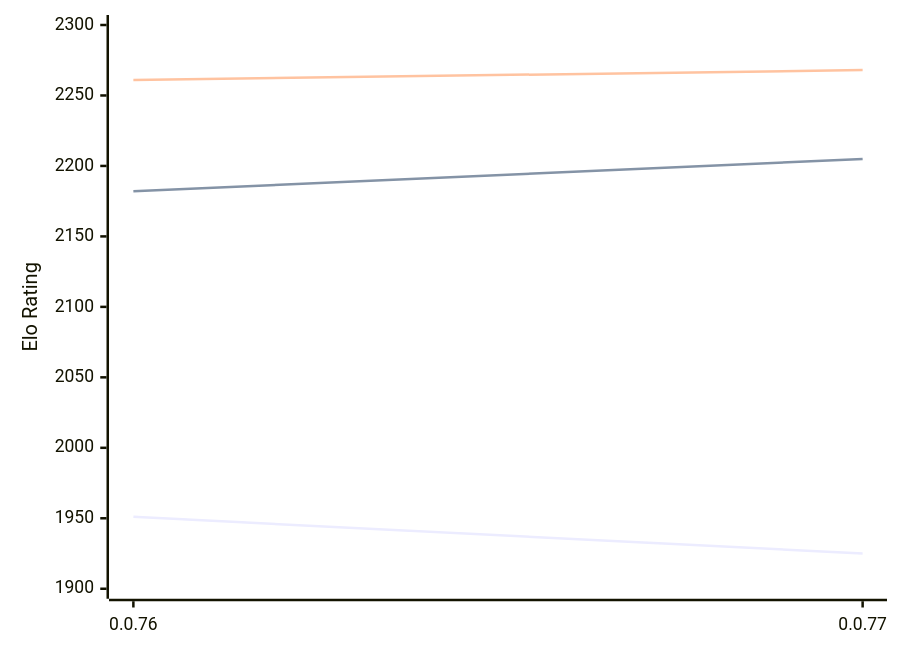
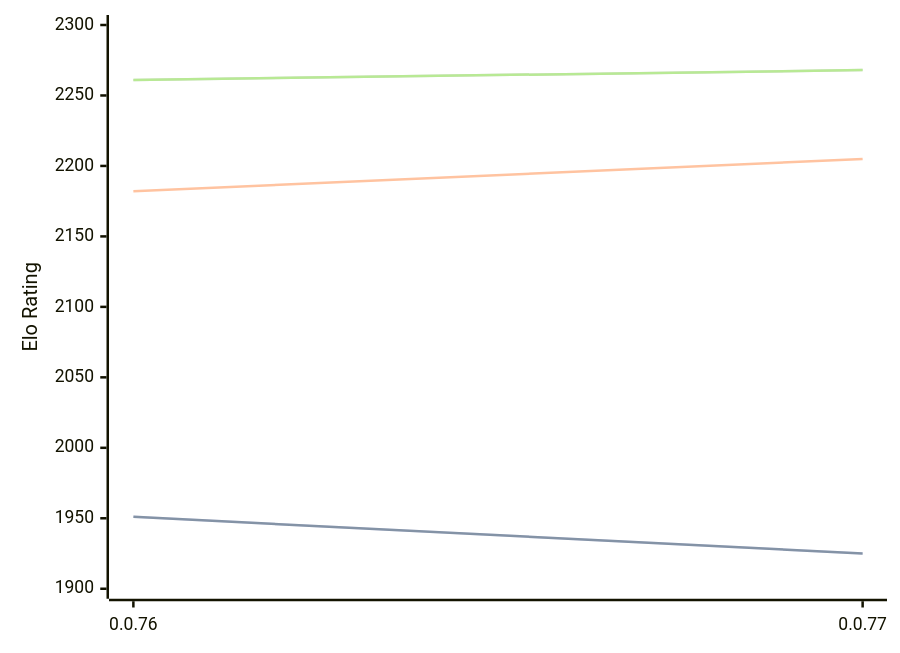
Before and after one commit to computer-chess-index/cci: the diagram in engines/Fktb.md, drawn with Mermaid. The commit also changed other lines of this file, not shown here.

Commit message:
Update CCI Ratings (ELO VLTC) - 2026-02-13

````diff
--- a/engines/Fktb.md
+++ b/engines/Fktb.md
@@ -29,9 +29,11 @@
 ```mermaid
 %%{init: {"theme":"base","themeVariables":{"seriesColors:['#a3a3a3','#222221','#faa371']}}}%%
 xychart-beta
   x-axis ["0.0.76", "0.0.77"]
   y-axis "Elo Rating" 1900 --> 2300
   line "STC (8.0+0.08s)" [1951, 1925]
+  line "STC (8.0+0.08s)" [1951, 1925]
   line "LTC (60.0+0.60s)" [2182, 2205]
   line "VLTC (2m24s+1.12s)" [2261, 2268]
+  line "VLTC (2m24s+1.12s)" [2261, 2268]
 ```
````
